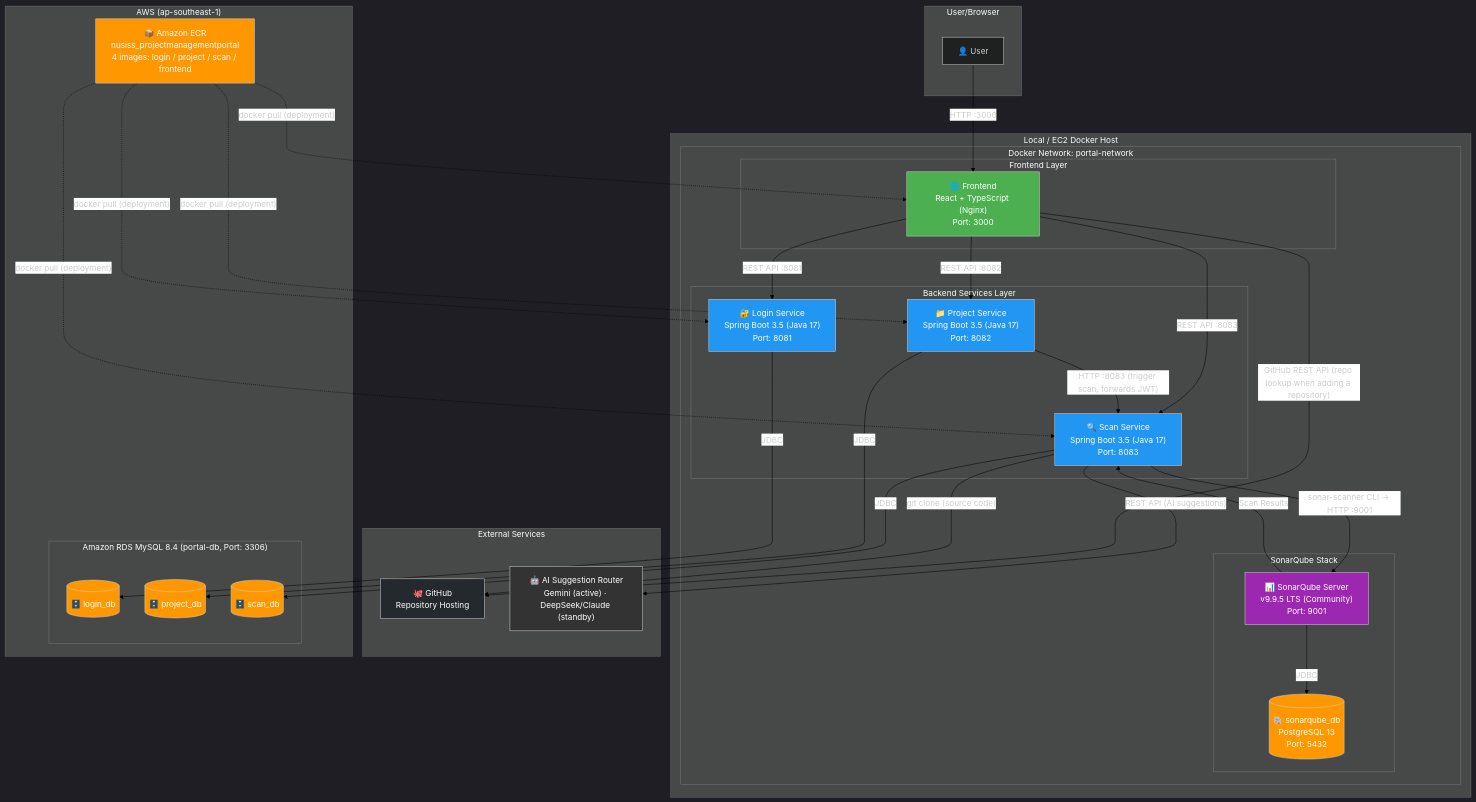
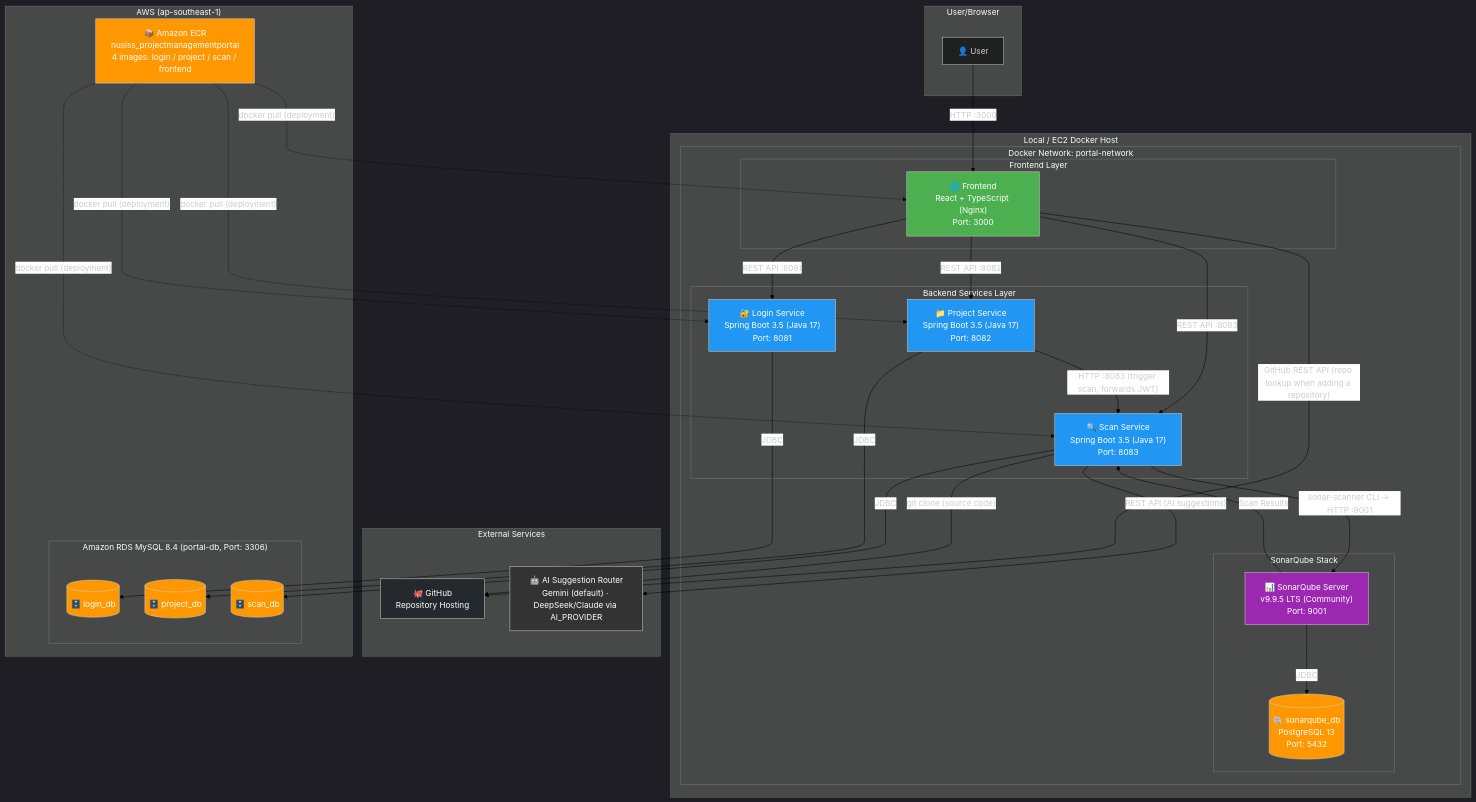
Before and after one commit to kaldrake/NUSISS_ProjectManagementPortal: the diagram in docs/Architecture.mermaid, drawn with Mermaid. The commit also changed 12 other files, not shown here.

Commit message:
fixes for default login and diagrams

```diff
--- a/docs/Architecture.mermaid
+++ b/docs/Architecture.mermaid
@@ -1,104 +1,104 @@
 %%{init: {'theme': 'dark', 'themeVariables': {'lineColor': '#000000', 'edgeLabelBackground': '#ffffff'}}}%%
 graph TB
     subgraph "User/Browser"
         User[👤 User]
     end
 
     subgraph "Local / EC2 Docker Host"
 
         subgraph "Docker Network: portal-network"
 
             subgraph "Frontend Layer"
                 FE["🌐 Frontend
 React + TypeScript (Nginx)
 Port: 3000"]
             end
 
             subgraph "Backend Services Layer"
                 LS["🔐 Login Service
 Spring Boot 3.5 (Java 17)
 Port: 8081"]
                 PS["📁 Project Service
 Spring Boot 3.5 (Java 17)
 Port: 8082"]
                 SCS["🔍 Scan Service
 Spring Boot 3.5 (Java 17)
 Port: 8083"]
             end
 
             subgraph "SonarQube Stack"
                 SQDB[("🐘 sonarqube_db
 PostgreSQL 13
 Port: 5432")]
                 SQ["📊 SonarQube Server
 v9.9.5 LTS (Community)
 Port: 9001"]
             end
 
         end
 
     end
 
     subgraph "External Services"
         GH["🐙 GitHub
 Repository Hosting"]
         AI["🤖 AI Suggestion Router
-Gemini (active) · DeepSeek/Claude (standby)"]
+Gemini (default) · DeepSeek/Claude via AI_PROVIDER"]
     end
 
     subgraph "AWS (ap-southeast-1)"
         subgraph "Amazon RDS MySQL 8.4 (portal-db, Port: 3306)"
             LDB[("🗄️ login_db")]
             PDB[("🗄️ project_db")]
             SDB[("🗄️ scan_db")]
         end
         ECR["📦 Amazon ECR
 nusiss_projectmanagementportal
 4 images: login / project / scan / frontend"]
     end
 
     %% User to Frontend
     User -->|"HTTP :3000"| FE
 
     %% Frontend to Backend
     FE -->|"REST API :8081"| LS
     FE -->|"REST API :8082"| PS
     FE -->|"REST API :8083"| SCS
 
     %% Services to their own DBs
     LS -->|"JDBC"| LDB
     PS -->|"JDBC"| PDB
     SCS -->|"JDBC"| SDB
 
     %% Service-to-service
     PS -->|"HTTP :8083 (trigger scan, forwards JWT)"| SCS
 
     %% Scan Service to SonarQube
     SCS -->|"sonar-scanner CLI → HTTP :9001"| SQ
     SQ -->|"JDBC"| SQDB
     SQ -->|"Scan Results"| SCS
 
     %% External integrations
     FE -->|"GitHub REST API (repo lookup when adding a repository)"| GH
     SCS -->|"git clone (source code)"| GH
     SCS -->|"REST API (AI suggestions)"| AI
 
     %% CI/CD pushes images to ECR
     ECR -.->|"docker pull (deployment)"| FE
     ECR -.->|"docker pull (deployment)"| LS
     ECR -.->|"docker pull (deployment)"| PS
     ECR -.->|"docker pull (deployment)"| SCS
 
     %% Styling
     style FE fill:#4CAF50,color:#fff
     style LS fill:#2196F3,color:#fff
     style PS fill:#2196F3,color:#fff
     style SCS fill:#2196F3,color:#fff
     style LDB fill:#FF9800,color:#fff
     style PDB fill:#FF9800,color:#fff
     style SDB fill:#FF9800,color:#fff
     style SQDB fill:#FF9800,color:#fff
     style SQ fill:#9C27B0,color:#fff
     style ECR fill:#FF9800,color:#fff
     style GH fill:#24292e,color:#fff
     style AI fill:#333,color:#fff
```
